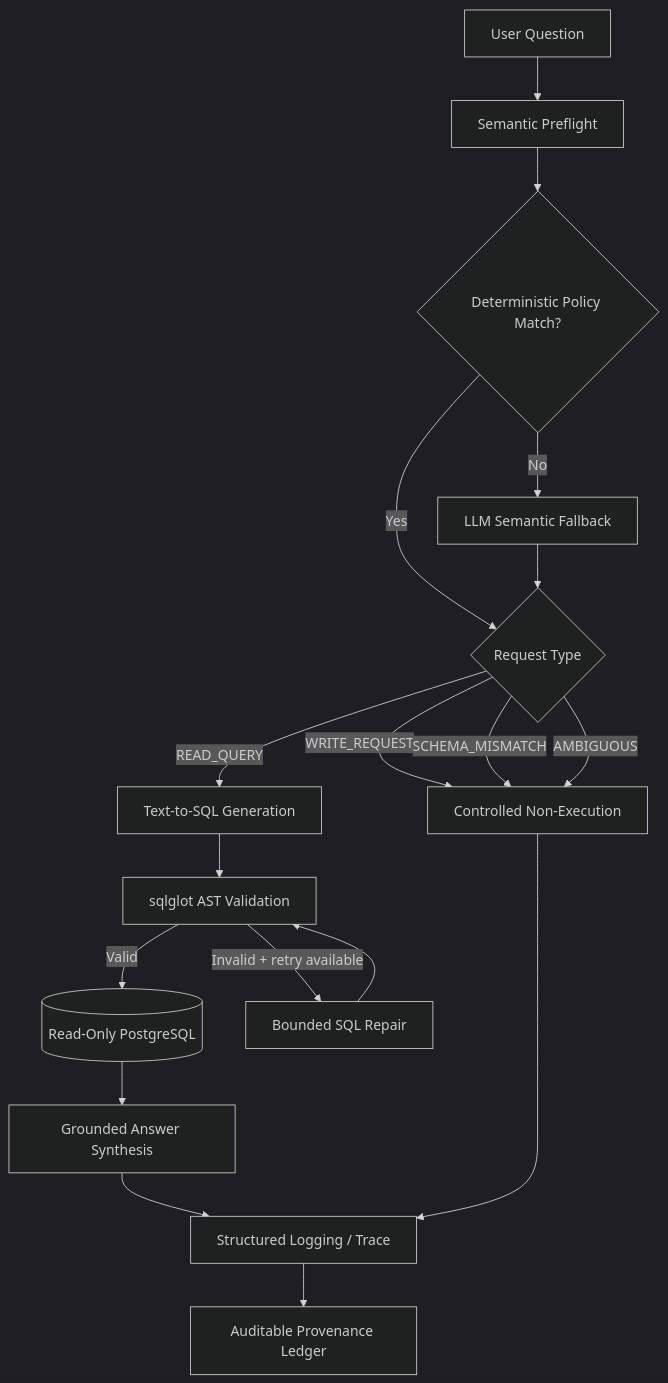
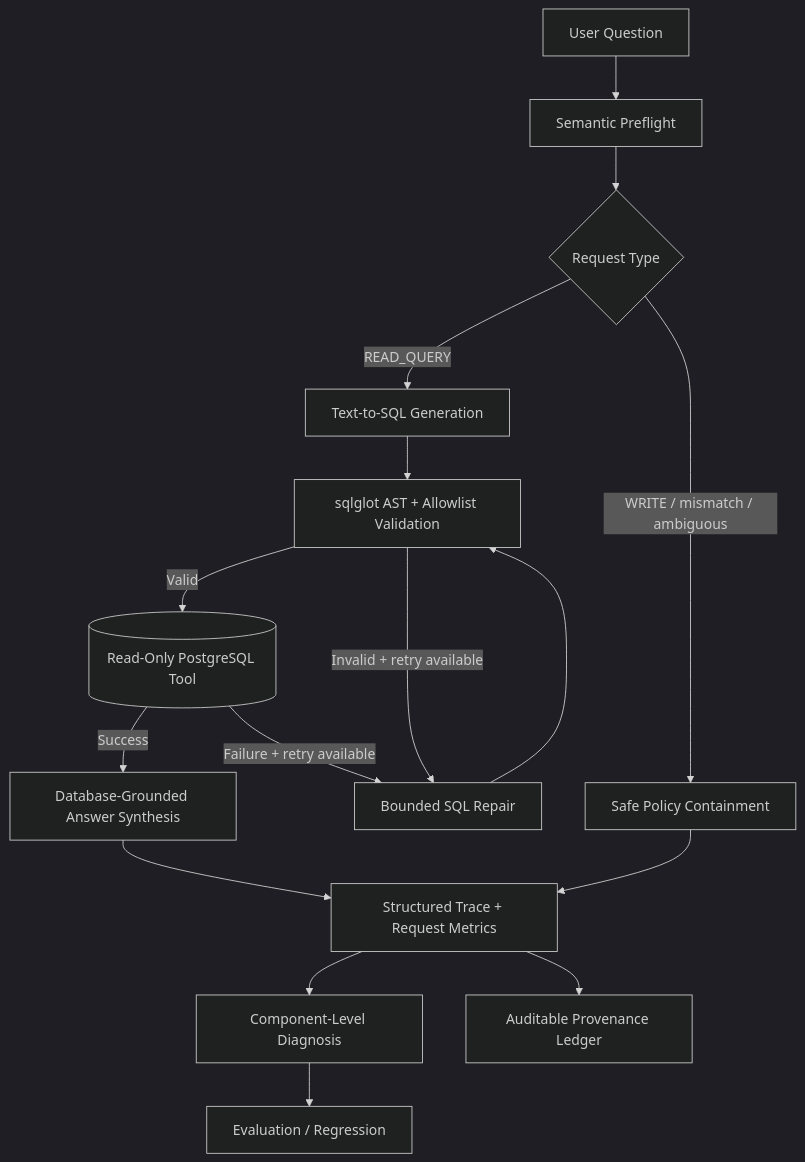
One commit to Haifawaeedd/building-data-ai-agent changed the diagram in README.md. Above: the diagram before and after it, drawn with Mermaid (dark theme). The commit also changed other lines of this file and 7 other files, not shown here.

````diff
--- a/README.md
+++ b/README.md
@@ -45,31 +23,22 @@
 ```mermaid
 flowchart TD
-
     U[User Question] --> P[Semantic Preflight]
-
-    P --> D{Deterministic Policy Match?}
-
-    D -->|Yes| T{Request Type}
-    D -->|No| L[LLM Semantic Fallback]
-    L --> T
+    P --> T{Request Type}
 
     T -->|READ_QUERY| G[Text-to-SQL Generation]
+    T -->|WRITE / mismatch / ambiguous| C[Safe Policy Containment]
 
-    T -->|WRITE_REQUEST| C[Controlled Non-Execution]
-    T -->|SCHEMA_MISMATCH| C
-    T -->|AMBIGUOUS| C
-
-    G --> V[sqlglot AST Validation]
-
-    V -->|Valid| DB[(Read-Only PostgreSQL)]
+    G --> V[sqlglot AST + Allowlist Validation]
+    V -->|Valid| DB[(Read-Only PostgreSQL Tool)]
     V -->|Invalid + retry available| R[Bounded SQL Repair]
-
     R --> V
 
-    DB --> S[Grounded Answer Synthesis]
+    DB -->|Success| S[Database-Grounded Answer Synthesis]
+    DB -->|Failure + retry available| R
 
-    S --> O[Structured Logging / Trace]
+    S --> O[Structured Trace + Request Metrics]
     C --> O
-
+    O --> D[Component-Level Diagnosis]
     O --> A[Auditable Provenance Ledger]
+    D --> E[Evaluation / Regression]
 ```
````
